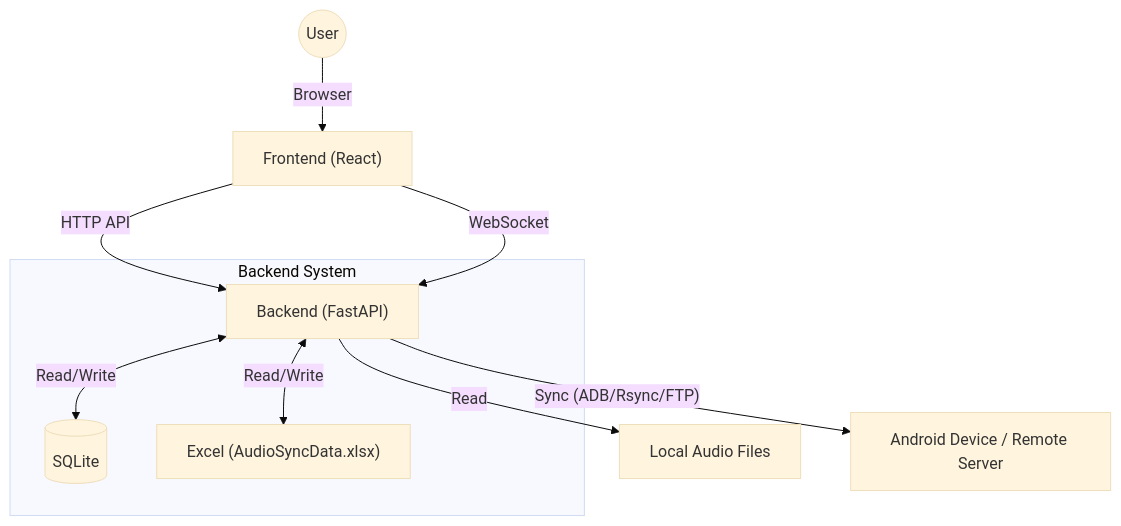
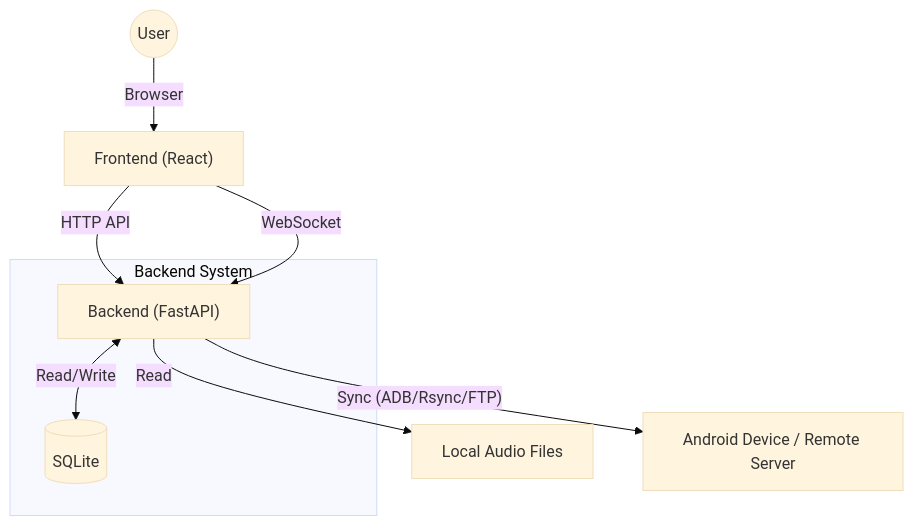
The diagram in README.md (Masterisk-F/Syncterra), drawn with Mermaid (base theme) before and after one commit. The commit also changed other lines of this file, not shown here.

````diff
--- a/README.md
+++ b/README.md
@@ -15,16 +15,14 @@
 ```mermaid
 graph TD
     UserNode(("User")) -->|Browser| FE["Frontend (React)"]
     FE -- "HTTP API" --> BE["Backend (FastAPI)"]
     FE -- WebSocket --> BE
     BE <-->|"Read/Write"| DB[("SQLite")]
-    BE <-->|"Read/Write"| Excel["Excel (AudioSyncData.xlsx)"]
     BE -->|Read| LocalFS["Local Audio Files"]
     BE -->|"Sync (ADB/Rsync/FTP)"| Remote["Android Device / Remote Server"]
     
     subgraph "Backend System"
         BE
         DB
-        Excel
     end
 ```
````
